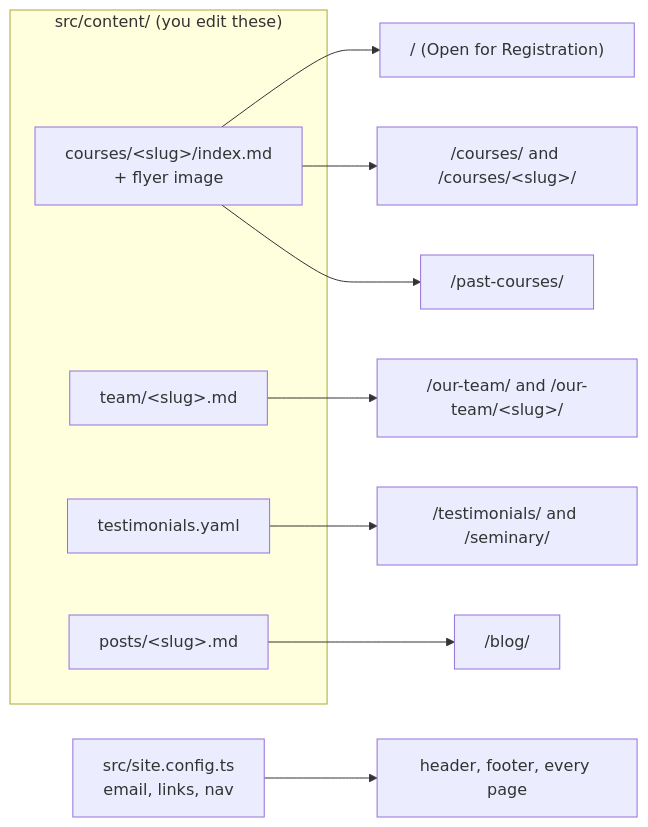
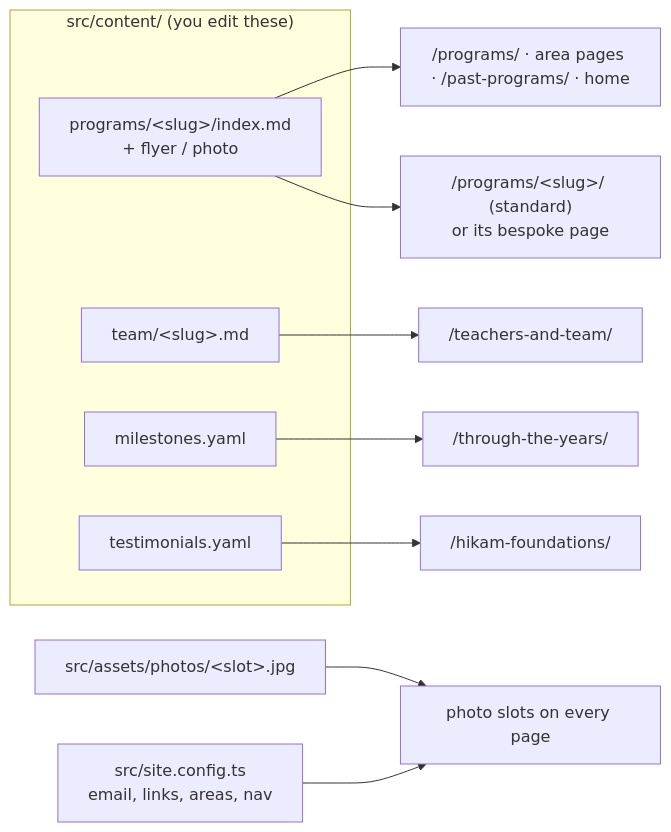
The diagram in AGENTS.md (Sabeel-Institute/sabeel-website-test), drawn with Mermaid before and after one commit. The commit also changed other lines of this file and 325 other files, not shown here.

````diff
--- a/AGENTS.md
+++ b/AGENTS.md
@@ -20,17 +22,18 @@
 ```mermaid
 flowchart LR
   subgraph content["src/content/ (you edit these)"]
-    C["courses/&lt;slug&gt;/index.md<br/>+ flyer image"]
+    P["programs/&lt;slug&gt;/index.md<br/>+ flyer / photo"]
     T["team/&lt;slug&gt;.md"]
+    M["milestones.yaml"]
     Q["testimonials.yaml"]
-    P["posts/&lt;slug&gt;.md"]
   end
-  S["src/site.config.ts<br/>email, links, nav"]
-  C --> H["/ (Open for Registration)"]
-  C --> CL["/courses/ and /courses/&lt;slug&gt;/"]
-  C --> PC["/past-courses/"]
-  T --> OT["/our-team/ and /our-team/&lt;slug&gt;/"]
-  Q --> TS["/testimonials/ and /seminary/"]
-  P --> B["/blog/"]
-  S --> ALL["header, footer, every page"]
+  PH["src/assets/photos/&lt;slot&gt;.jpg"]
+  S["src/site.config.ts<br/>email, links, areas, nav"]
+  P --> PR["/programs/ · area pages · /past-programs/ · home"]
+  P --> PP["/programs/&lt;slug&gt;/ (standard)<br/>or its bespoke page"]
+  T --> TT["/teachers-and-team/"]
+  M --> TY["/through-the-years/"]
+  Q --> HF["/hikam-foundations/"]
+  PH --> ALL["photo slots on every page"]
+  S --> ALL
 ```
````
